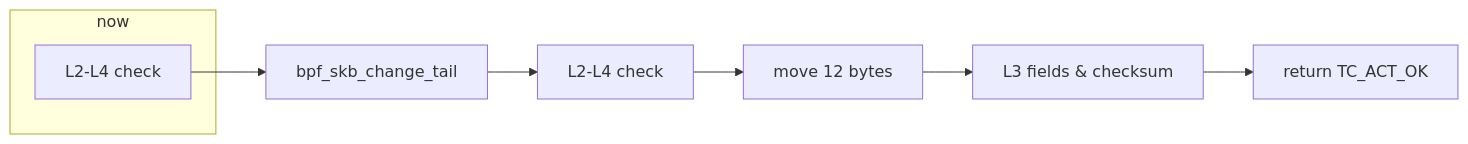
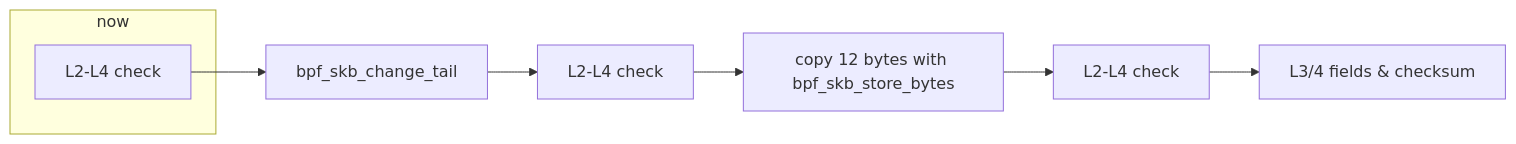
One commit to myl7/xdptun changed the first of 11 diagrams in docs/thesis/pre/slides.md. Above: the diagram before and after it, drawn with Mermaid. The commit also changed other lines of this file and 1 other file, not shown here.

Commit message:
Update process and enhance check in ingress

````diff
--- a/docs/thesis/pre/slides.md
+++ b/docs/thesis/pre/slides.md
@@ -144,7 +144,7 @@
 ```mermaid
 flowchart LR
-  S1[L2-L4 check] --> S2[bpf_skb_change_tail] --> S3[L2-L4 check] --> S4[move 12 bytes] --> S5[L3 fields & checksum] --> S6[return TC_ACT_OK]
+  S1[L2-L4 check] --> S2[bpf_skb_change_tail] --> S3[L2-L4 check] --> S4[copy 12 bytes with bpf_skb_store_bytes] --> S5[L2-L4 check] --> S6[L3/4 fields & checksum]
   subgraph now
     S1
   end
 ```
````
